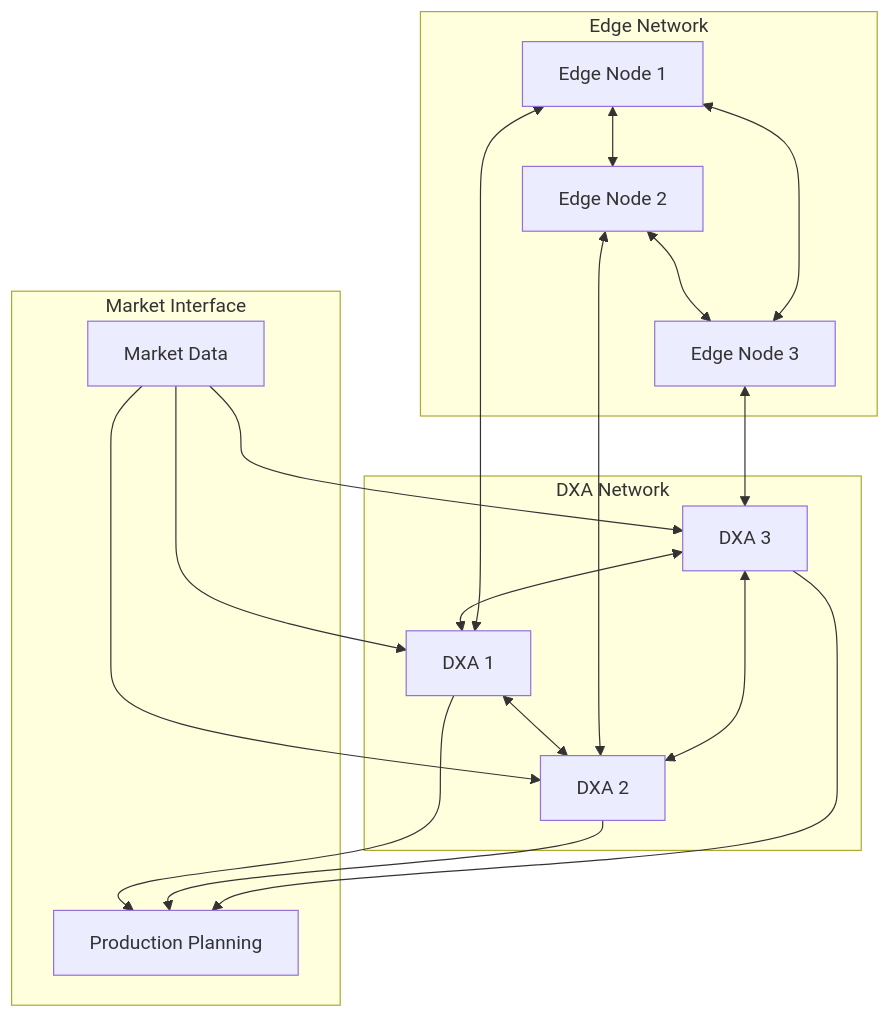
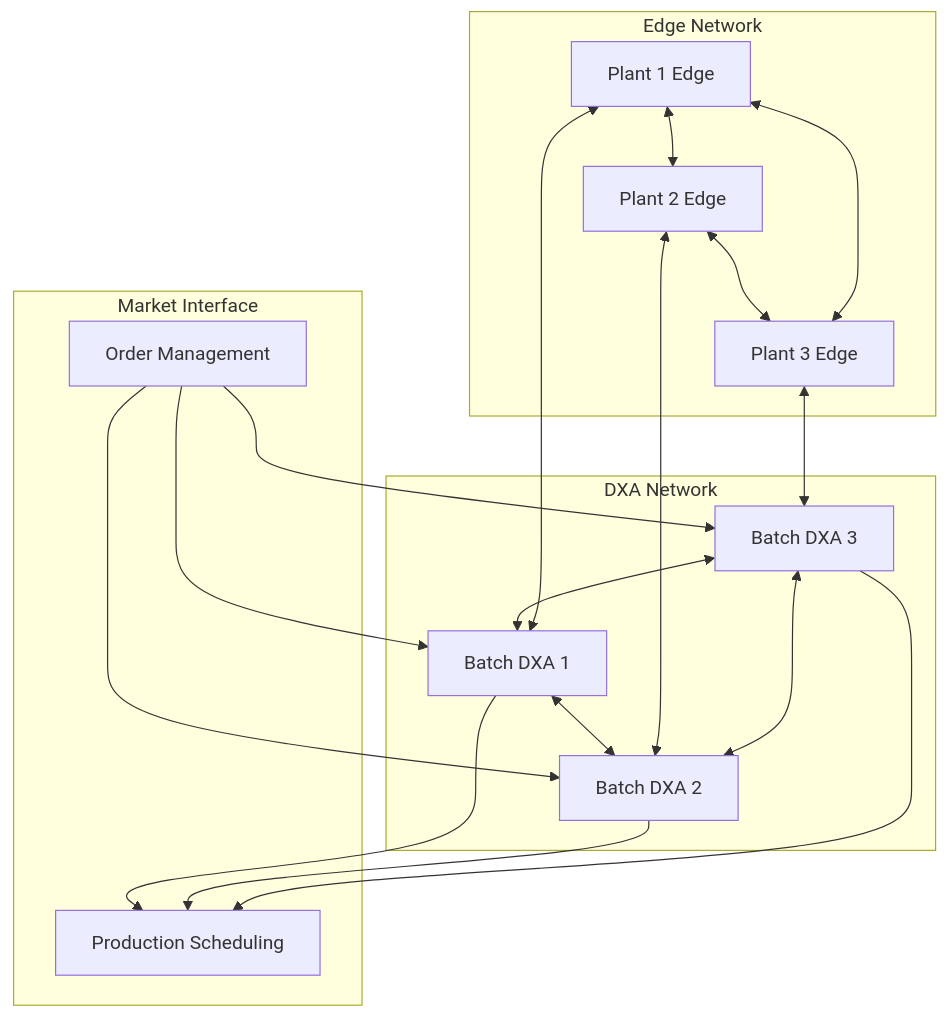
One commit to aitomatic/dana changed the third of 4 diagrams in docs/requirements/INDUSTRIAL-AUTOMATION.md. Above: the diagram before and after it, drawn with Mermaid. The commit also changed other lines of this file, not shown here.

Commit message:
Refocus INDUSTRIAL to specialty-chemicals batch processing.

````diff
--- a/docs/requirements/INDUSTRIAL-AUTOMATION.md
+++ b/docs/requirements/INDUSTRIAL-AUTOMATION.md
@@ -95,31 +102,31 @@
 ```mermaid
 graph TB
     subgraph "Edge Network"
-        E1[Edge Node 1]
-        E2[Edge Node 2]
-        E3[Edge Node 3]
+        E1[Plant 1 Edge]
+        E2[Plant 2 Edge]
+        E3[Plant 3 Edge]
         E1 <--> E2
         E2 <--> E3
         E3 <--> E1
     end
     
     subgraph "DXA Network"
-        D1[DXA 1]
-        D2[DXA 2]
-        D3[DXA 3]
+        D1[Batch DXA 1]
+        D2[Batch DXA 2]
+        D3[Batch DXA 3]
         D1 <--> D2
         D2 <--> D3
         D3 <--> D1
     end
     
     subgraph "Market Interface"
-        M[Market Data]
-        P[Production Planning]
+        M[Order Management]
+        P[Production Scheduling]
     end
 
     E1 <--> D1
     E2 <--> D2
     E3 <--> D3
     M --> D1 & D2 & D3
     D1 & D2 & D3 --> P
 ```
````
